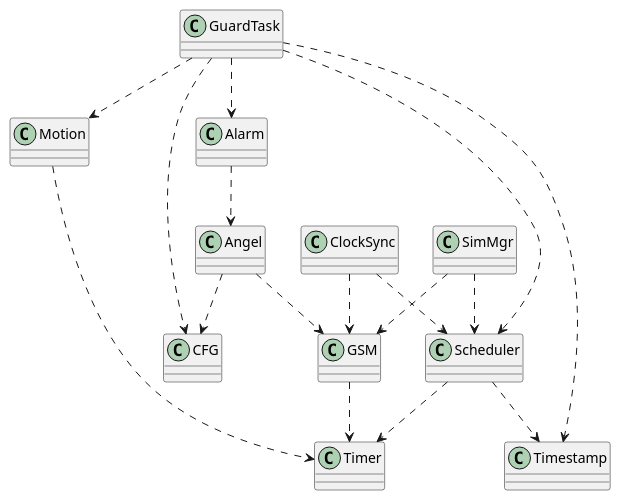
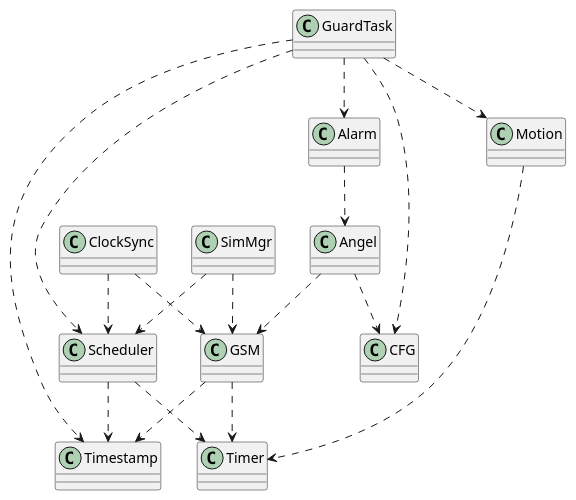
Before and after one commit to wilbert-alberts/GuardianAngel: the diagram in GA-arduino/doc/Dependencies.puml, drawn with PlantUML. The commit also changed 2 other files, not shown here.

Commit message:
Fix: added missing GSM functionality.

```diff
--- a/GA-arduino/doc/Dependencies.puml
+++ b/GA-arduino/doc/Dependencies.puml
@@ -1,23 +1,24 @@
 @startuml
 
 GuardTask ..> Scheduler
 ClockSync ..> Scheduler
 GSM ..> Timer
+GSM ..> Timestamp
 Scheduler ..> Timer
 Motion ..> Timer
 GuardTask ..> Alarm
 GuardTask ..> Motion
 ClockSync ..> GSM
 
 Alarm ..> Angel
 Angel ..> GSM
 
 Scheduler ..> Timestamp
 GuardTask ..> Timestamp
 SimMgr ..> Scheduler
 SimMgr ..> GSM
 
 Angel ..> CFG
 GuardTask ..> CFG
 
 @enduml
```
